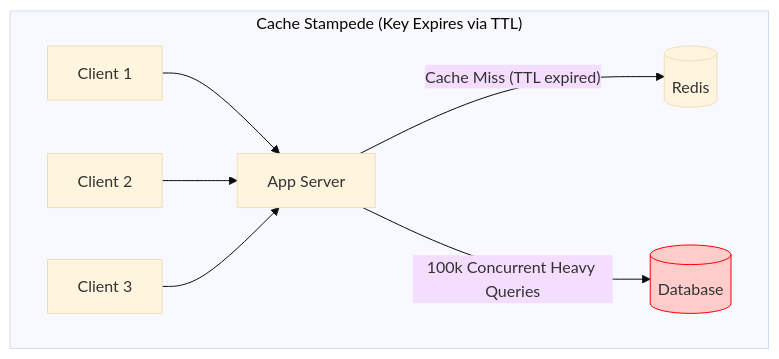
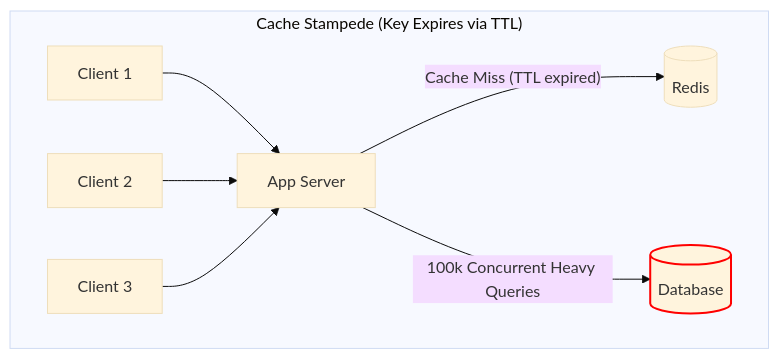
One commit to abhinnaagrawal/system-design-notes changed the second of 2 diagrams in Core Concepts/Caching Strategies/README.md. Above: the diagram before and after it, drawn with Mermaid (base theme). The commit also changed 62 other files, not shown here.

````diff
--- a/Core Concepts/Caching Strategies/README.md
+++ b/Core Concepts/Caching Strategies/README.md
@@ -98,11 +98,11 @@
 ```mermaid
 flowchart TD
     subgraph "Cache Stampede (Key Expires via TTL)"
         C1[Client 1] --> API[App Server]
         C2[Client 2] --> API
         C3[Client 3] --> API
         API -- "Cache Miss (TTL expired)" --> Cache[(Redis)]
         API -- "100k Concurrent Heavy Queries" --> DB[(Database)]
-        style DB fill:#ffcccc,stroke:#ff0000
+        style DB stroke:#ff0000,stroke-width:2px
     end
 ```
````
